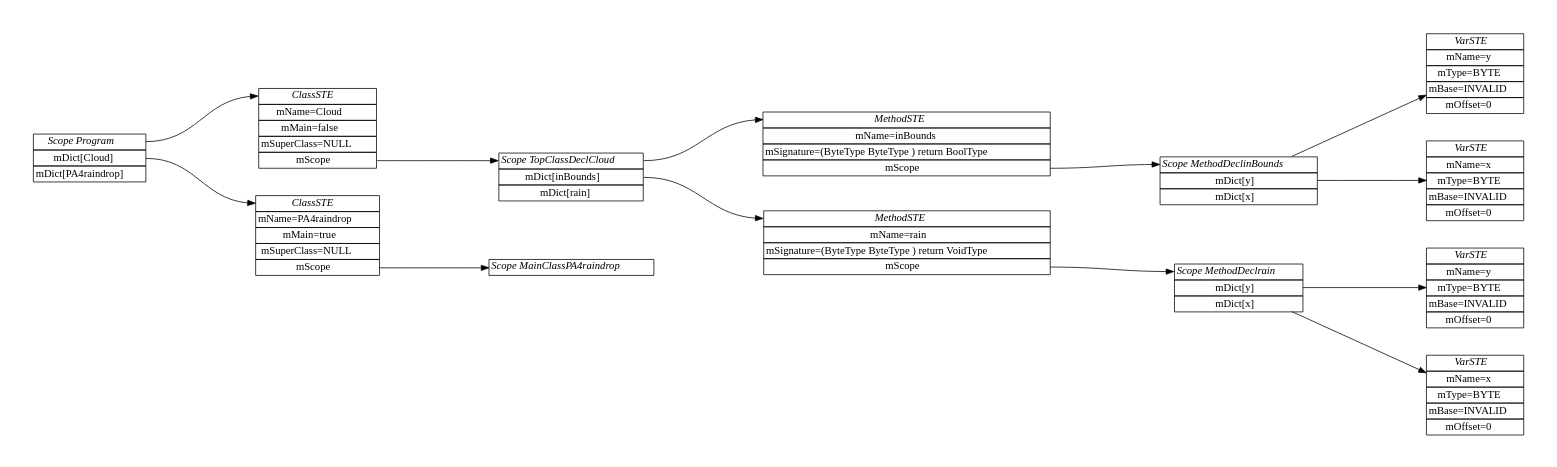
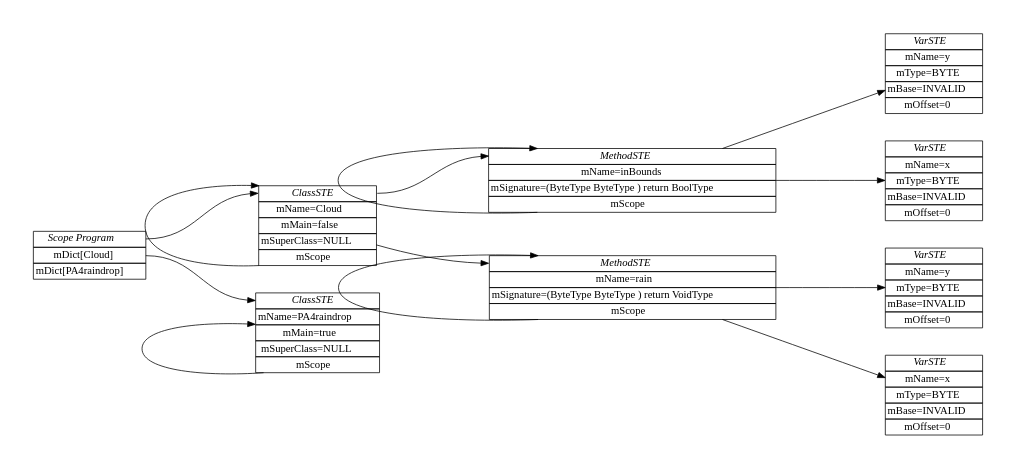
The diagram in PA4/PA4Tests/PA4raindrop.java.ST.dot (MissMeriel/CS4620-Compilers), drawn with Graphviz before and after one commit. The commit also changed 82 other files, not shown here.

```diff
--- a/PA4/PA4Tests/PA4raindrop.java.ST.dot
+++ b/PA4/PA4Tests/PA4raindrop.java.ST.dot
@@ -1,113 +1,113 @@
 digraph ASTGraph {
 	graph [pad="0.5", nodesep="0.5", ranksep="2"];
 	node [shape=plain]
 	rankdir=LR;
-MethodDeclinBounds [ label=<
+inBounds [ label=<
 <table border="0" cellborder="1" cellspacing="0">
-	<tr><td port="MethodDeclinBounds0"><i>Scope MethodDeclinBounds</i></td></tr>
-	<tr><td port="MethodDeclinBounds1">mDict[y]</td></tr>
-	<tr><td port="MethodDeclinBounds2">mDict[x]</td></tr>
+	<tr><td port="inBounds0"><i>Scope inBounds</i></td></tr>
+	<tr><td port="inBounds1">mDict[y]</td></tr>
+	<tr><td port="inBounds2">mDict[x]</td></tr>
 </table>>];
 
 0 [ label=<
 <table border="0" cellborder="1" cellspacing="0">
 	<tr><td port="0"><i>VarSTE</i></td></tr>
 	<tr><td>mName=y</td></tr>
 	<tr><td>mType=BYTE</td></tr>
 	<tr><td>mBase=INVALID</td></tr>
 	<tr><td>mOffset=0</td></tr>
 </table>>];
-MethodDeclinBounds:1 -> 0:1;
+inBounds:1 -> 0:1;
 
 1 [ label=<
 <table border="0" cellborder="1" cellspacing="0">
 	<tr><td port="1"><i>VarSTE</i></td></tr>
 	<tr><td>mName=x</td></tr>
 	<tr><td>mType=BYTE</td></tr>
 	<tr><td>mBase=INVALID</td></tr>
 	<tr><td>mOffset=0</td></tr>
 </table>>];
-MethodDeclinBounds:2 -> 1:2;
-MethodDeclrain [ label=<
+inBounds:2 -> 1:2;
+rain [ label=<
 <table border="0" cellborder="1" cellspacing="0">
-	<tr><td port="MethodDeclrain0"><i>Scope MethodDeclrain</i></td></tr>
-	<tr><td port="MethodDeclrain1">mDict[y]</td></tr>
-	<tr><td port="MethodDeclrain2">mDict[x]</td></tr>
+	<tr><td port="rain0"><i>Scope rain</i></td></tr>
+	<tr><td port="rain1">mDict[y]</td></tr>
+	<tr><td port="rain2">mDict[x]</td></tr>
 </table>>];
 
 2 [ label=<
 <table border="0" cellborder="1" cellspacing="0">
 	<tr><td port="2"><i>VarSTE</i></td></tr>
 	<tr><td>mName=y</td></tr>
 	<tr><td>mType=BYTE</td></tr>
 	<tr><td>mBase=INVALID</td></tr>
 	<tr><td>mOffset=0</td></tr>
 </table>>];
-MethodDeclrain:3 -> 2:3;
+rain:3 -> 2:3;
 
 3 [ label=<
 <table border="0" cellborder="1" cellspacing="0">
 	<tr><td port="3"><i>VarSTE</i></td></tr>
 	<tr><td>mName=x</td></tr>
 	<tr><td>mType=BYTE</td></tr>
 	<tr><td>mBase=INVALID</td></tr>
 	<tr><td>mOffset=0</td></tr>
 </table>>];
-MethodDeclrain:4 -> 3:4;
-TopClassDeclCloud [ label=<
+rain:4 -> 3:4;
+Cloud [ label=<
 <table border="0" cellborder="1" cellspacing="0">
-	<tr><td port="TopClassDeclCloud0"><i>Scope TopClassDeclCloud</i></td></tr>
-	<tr><td port="TopClassDeclCloud1">mDict[inBounds]</td></tr>
-	<tr><td port="TopClassDeclCloud2">mDict[rain]</td></tr>
+	<tr><td port="Cloud0"><i>Scope Cloud</i></td></tr>
+	<tr><td port="Cloud1">mDict[inBounds]</td></tr>
+	<tr><td port="Cloud2">mDict[rain]</td></tr>
 </table>>];
 
 inBounds [ label=<
 <table border="0" cellborder="1" cellspacing="0">
 	<tr><td port="inBounds0"><i>MethodSTE</i></td></tr>
 	<tr><td>mName=inBounds</td></tr>
 	<tr><td>mSignature=(ByteType ByteType ) return BoolType</td></tr>
 	<tr><td port="4">mScope</td></tr>
 </table>>];
-TopClassDeclCloud:TopClassDeclCloud0 -> inBounds:inBounds0;
-inBounds:4 -> MethodDeclinBounds:MethodDeclinBounds0
+Cloud:Cloud0 -> inBounds:inBounds0;
+inBounds:4 -> inBounds:inBounds0
 
 rain [ label=<
 <table border="0" cellborder="1" cellspacing="0">
 	<tr><td port="rain0"><i>MethodSTE</i></td></tr>
 	<tr><td>mName=rain</td></tr>
 	<tr><td>mSignature=(ByteType ByteType ) return VoidType</td></tr>
 	<tr><td port="5">mScope</td></tr>
 </table>>];
-TopClassDeclCloud:TopClassDeclCloud1 -> rain:rain0;
-rain:5 -> MethodDeclrain:MethodDeclrain0
-MainClassPA4raindrop [ label=<
+Cloud:Cloud1 -> rain:rain0;
+rain:5 -> rain:rain0
+PA4raindrop [ label=<
 <table border="0" cellborder="1" cellspacing="0">
-	<tr><td port="MainClassPA4raindrop0"><i>Scope MainClassPA4raindrop</i></td></tr>
+	<tr><td port="PA4raindrop0"><i>Scope PA4raindrop</i></td></tr>
 </table>>];
 Program [ label=<
 <table border="0" cellborder="1" cellspacing="0">
 	<tr><td port="Program0"><i>Scope Program</i></td></tr>
 	<tr><td port="Program1">mDict[Cloud]</td></tr>
 	<tr><td port="Program2">mDict[PA4raindrop]</td></tr>
 </table>>];
 Cloud [ label=<
 <table border="0" cellborder="1" cellspacing="0">
 	<tr><td port="Cloud0"><i>ClassSTE</i></td></tr>
 	<tr><td>mName=Cloud</td></tr>
 	<tr><td>mMain=false</td></tr>
 	<tr><td>mSuperClass=NULL</td></tr>
 	<tr><td port="6">mScope</td></tr>
 </table>>];
 Program:Program0 -> Cloud:Cloud0;
-Cloud:6 -> TopClassDeclCloud:TopClassDeclCloud0
+Cloud:6 -> Cloud:Cloud0
 PA4raindrop [ label=<
 <table border="0" cellborder="1" cellspacing="0">
 	<tr><td port="PA4raindrop1"><i>ClassSTE</i></td></tr>
 	<tr><td>mName=PA4raindrop</td></tr>
 	<tr><td>mMain=true</td></tr>
 	<tr><td>mSuperClass=NULL</td></tr>
 	<tr><td port="7">mScope</td></tr>
 </table>>];
 Program:Program1 -> PA4raindrop:PA4raindrop1;
-PA4raindrop:7 -> MainClassPA4raindrop:MainClassPA4raindrop0
+PA4raindrop:7 -> PA4raindrop:PA4raindrop0
 }
```
